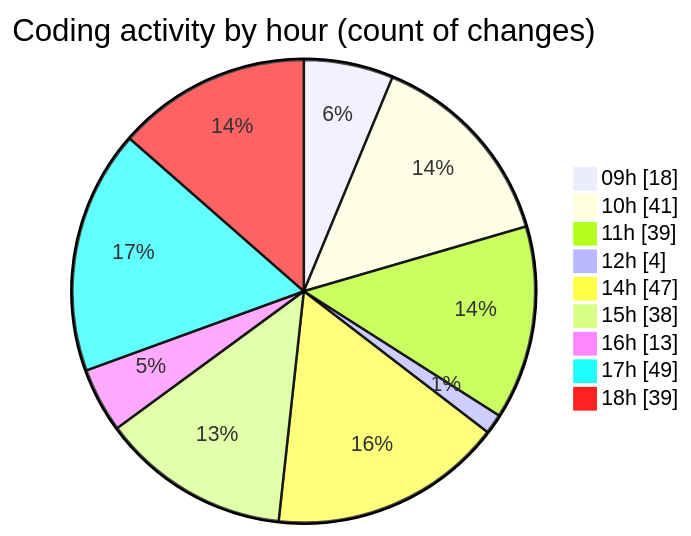
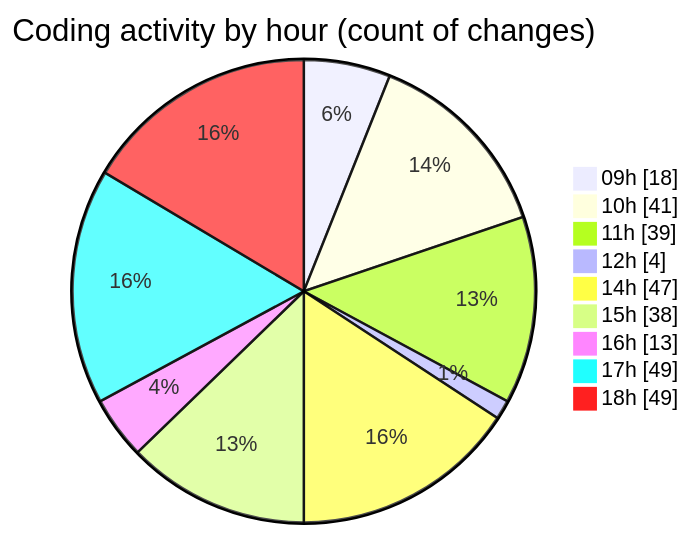
One commit to momahboobian/code-tracking changed the second of 2 diagrams in 2025-02-11/cda/README.md. Above: the diagram before and after it, drawn with Mermaid. The commit also changed other lines of this file and 1 other file, not shown here.

````diff
--- a/2025-02-11/cda/README.md
+++ b/2025-02-11/cda/README.md
@@ -34,13 +34,13 @@
 ```mermaid
 pie showData
 title Coding activity by hour (count of changes)
 "09h" : 18
 "10h" : 41
 "11h" : 39
 "12h" : 4
 "14h" : 47
 "15h" : 38
 "16h" : 13
 "17h" : 49
-"18h" : 39
+"18h" : 49
 ```
````
